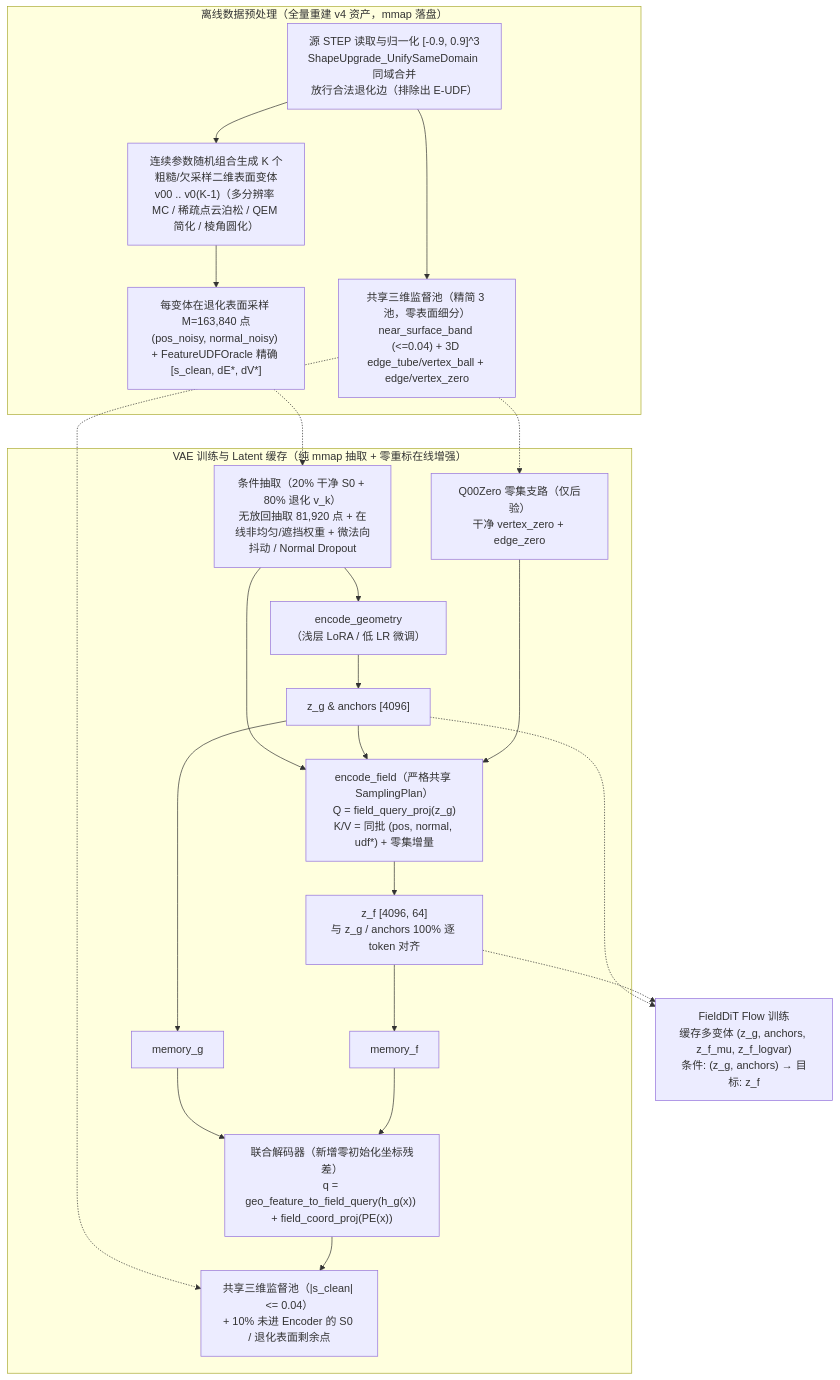
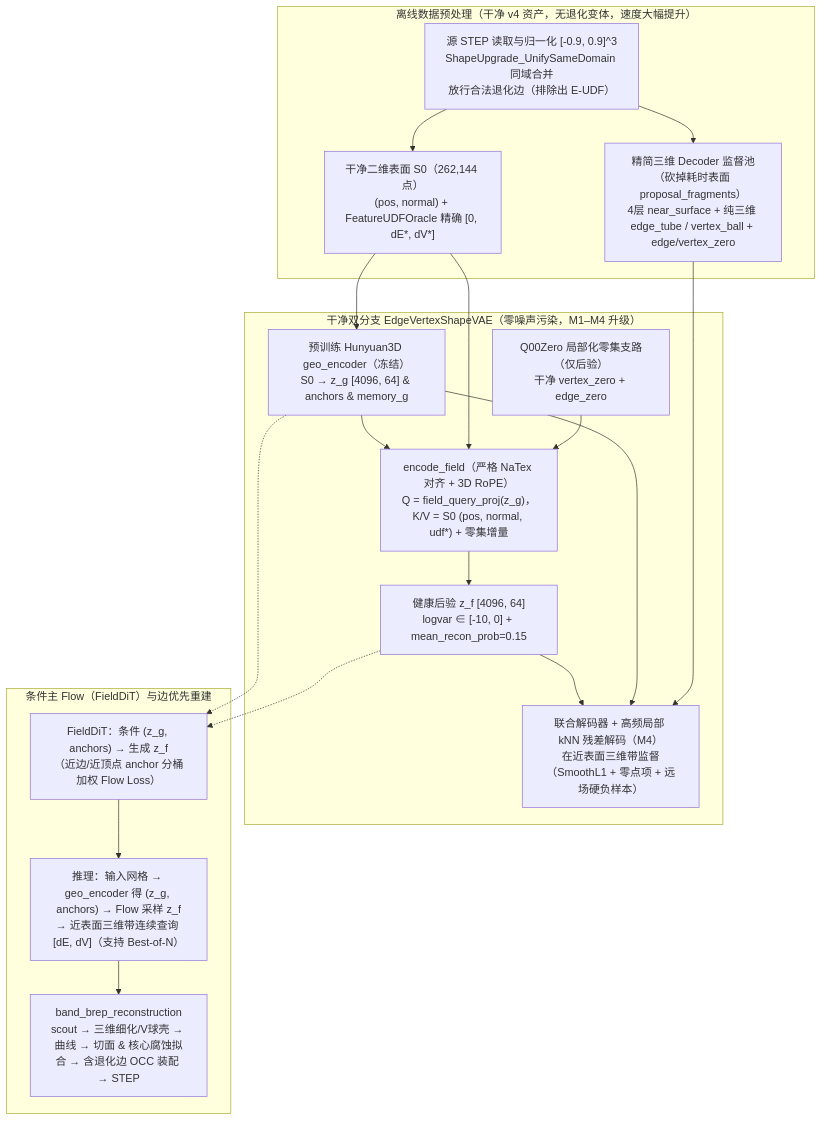
The diagram in docs/Pipeline.md (Hallucinat1on/DualBrep), drawn with Mermaid before and after one commit. The commit also changed other lines of this file and 11 other files, not shown here.

````diff
--- a/docs/Pipeline.md
+++ b/docs/Pipeline.md
@@ -105,39 +71,32 @@
 ```mermaid
 flowchart TB
-    subgraph PRE["离线数据预处理（全量重建 v4 资产，mmap 落盘）"]
+    subgraph PRE["离线数据预处理（干净 v4 资产，无退化变体，速度大幅提升）"]
         STEP["源 STEP 读取与归一化 [-0.9, 0.9]^3<br/>ShapeUpgrade_UnifySameDomain 同域合并<br/>放行合法退化边（排除出 E-UDF）"]
-        DEG["连续参数随机组合生成 K 个粗糙/欠采样二维表面变体<br/>v00 .. v0(K-1)（多分辨率 MC / 稀疏点云泊松 / QEM 简化 / 棱角圆化）"]
-        SAMP["每变体在退化表面采样 M=163,840 点<br/>(pos_noisy, normal_noisy) + FeatureUDFOracle 精确 [s_clean, dE*, dV*]"]
-        POOL["共享三维监督池（精简 3 池，零表面细分）<br/>near_surface_band (<=0.04) + 3D edge_tube/vertex_ball + edge/vertex_zero"]
-        STEP --> DEG --> SAMP
+        S0["干净二维表面 S0（262,144 点）<br/>(pos, normal) + FeatureUDFOracle 精确 [0, dE*, dV*]"]
+        POOL["精简三维 Decoder 监督池（砍掉耗时表面 proposal_fragments）<br/>4层 near_surface + 纯三维 edge_tube / vertex_ball + edge/vertex_zero"]
+        STEP --> S0
         STEP --> POOL
     end
 
-    subgraph TRAIN["VAE 训练与 Latent 缓存（纯 mmap 抽取 + 零重标在线增强）"]
-        DRAW["条件抽取（20% 干净 S0 + 80% 退化 v_k）<br/>无放回抽取 81,920 点 + 在线非均匀/遮挡权重 + 微法向抖动 / Normal Dropout"]
-        GE["encode_geometry<br/>（浅层 LoRA / 低 LR 微调）"]
-        ZG["z_g & anchors [4096]"]
-        MG["memory_g"]
-
-        ZERO["Q00Zero 零集支路（仅后验）<br/>干净 vertex_zero + edge_zero"]
-        FE["encode_field（严格共享 SamplingPlan）<br/>Q = field_query_proj(z_g)<br/>K/V = 同批 (pos, normal, udf*) + 零集增量"]
-        ZF["z_f [4096, 64]<br/>与 z_g / anchors 100% 逐 token 对齐"]
-        MF["memory_f"]
-
-        DEC["联合解码器（新增零初始化坐标残差）<br/>q = geo_feature_to_field_query(h_g(x)) + field_coord_proj(PE(x))"]
-        SUP["共享三维监督池（|s_clean| <= 0.04）<br/>+ 10% 未进 Encoder 的 S0 / 退化表面剩余点"]
+    subgraph VAE["干净双分支 EdgeVertexShapeVAE（零噪声污染，M1–M4 升级）"]
+        GE["预训练 Hunyuan3D geo_encoder（冻结）<br/>S0 → z_g [4096, 64] & anchors & memory_g"]
+        ZERO["Q00Zero 局部化零集支路（仅后验）<br/>干净 vertex_zero + edge_zero"]
+        FE["encode_field（严格 NaTex 对齐 + 3D RoPE）<br/>Q = field_query_proj(z_g)，K/V = S0 (pos, normal, udf*) + 零集增量"]
+        ZF["健康后验 z_f [4096, 64]<br/>logvar ∈ [-10, 0] + mean_recon_prob=0.15"]
+        DEC["联合解码器 + 高频局部 kNN 残差解码（M4）<br/>在近表面三维带监督（SmoothL1 + 零点项 + 远场硬负样本）"]
+        S0 --> GE --> FE
+        S0 --> FE
+        ZERO --> FE --> ZF --> DEC
+        GE --> DEC
+        POOL --> DEC
     end
 
-    FLOW["FieldDiT Flow 训练<br/>缓存多变体 (z_g, anchors, z_f_mu, z_f_logvar)<br/>条件: (z_g, anchors) → 目标: z_f"]
-
-    SAMP -.-> DRAW
-    POOL -.-> SUP
-    POOL -.-> ZERO
-    DRAW --> GE --> ZG --> MG --> DEC
-    DRAW --> FE
-    ZG --> FE
-    ZERO --> FE --> ZF --> MF --> DEC
-    DEC --> SUP
-    ZG -.-> FLOW
-    ZF -.-> FLOW
+    subgraph FLOW["条件主 Flow（FieldDiT）与边优先重建"]
+        DIT["FieldDiT：条件 (z_g, anchors) → 生成 z_f<br/>（近边/近顶点 anchor 分桶加权 Flow Loss）"]
+        INF["推理：输入网格 → geo_encoder 得 (z_g, anchors) → Flow 采样 z_f<br/>→ 近表面三维带连续查询 [dE, dV]（支持 Best-of-N）"]
+        POST["band_brep_reconstruction<br/>scout → 三维细化/V球壳 → 曲线 → 切面 & 核心腐蚀拟合 → 含退化边 OCC 装配 → STEP"]
+        GE -.-> DIT
+        ZF -.-> DIT
+        DIT --> INF --> POST
+    end
 ```
````
